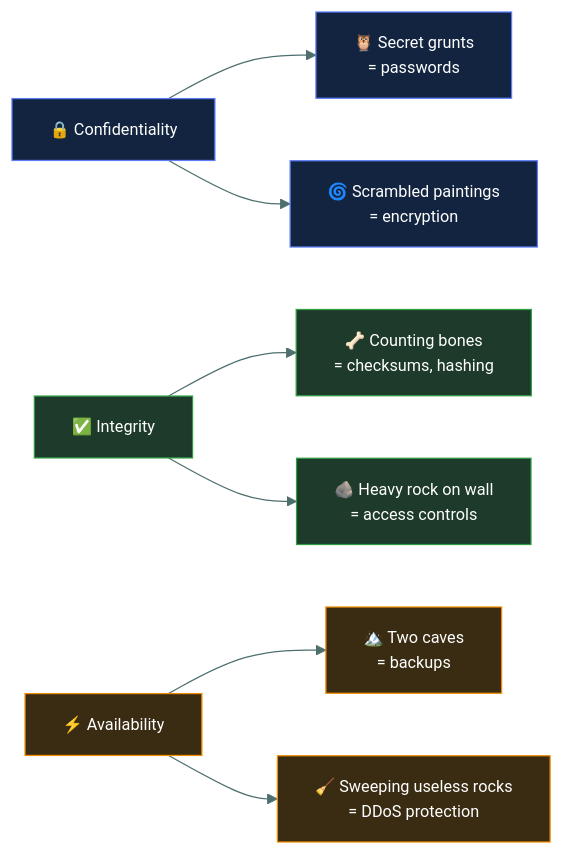
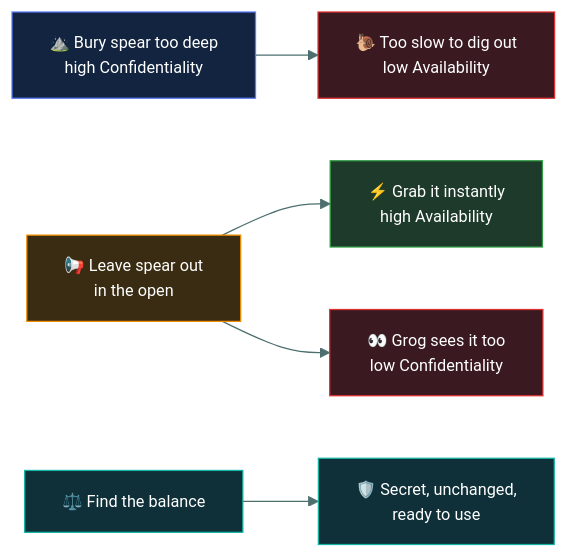
The third of 3 diagrams in 01-security-principles/cia-triad/README.md (tarunTejaDesireddy/cc-exam-prep), drawn with Mermaid before and after one commit. The commit also changed other lines of this file, not shown here.

First line of the commit message:
Rewrite the CIA triad with the shiny rock, mammoth painting and spear

````diff
--- a/01-security-principles/cia-triad/README.md
+++ b/01-security-principles/cia-triad/README.md
@@ -131,20 +108,16 @@
 ```mermaid
 %%{init: {'theme':'base','themeVariables':{'fontFamily':'Segoe UI, Helvetica Neue, Arial, sans-serif','fontSize':'13px','lineColor':'#4d6f6e','textColor':'#dbe7e6'}}}%%
 flowchart LR
-    C["🔒 Confidentiality"] --> C1["🦉 Secret grunts<br/>= passwords"]
-    C --> C2["🌀 Scrambled paintings<br/>= encryption"]
-    I["✅ Integrity"] --> I1["🦴 Counting bones<br/>= checksums, hashing"]
-    I --> I2["🪨 Heavy rock on wall<br/>= access controls"]
-    A["⚡ Availability"] --> A1["🏔️ Two caves<br/>= backups"]
-    A --> A2["🧹 Sweeping useless rocks<br/>= DDoS protection"]
+    DEEP["⛰️ Bury spear too deep<br/>high Confidentiality"] --> SLOW["🐌 Too slow to dig out<br/>low Availability"]
+    OPEN["📢 Leave spear out<br/>in the open"] --> FAST["⚡ Grab it instantly<br/>high Availability"]
+    OPEN --> SEEN["👀 Grog sees it too<br/>low Confidentiality"]
+    BAL["⚖️ Find the balance"] --> GOOD["🛡️ Secret, unchanged,<br/>ready to use"]
 
-    style C fill:#12243f,stroke:#5C7CFA,color:#fff
-    style C1 fill:#12243f,stroke:#5C7CFA,color:#fff
-    style C2 fill:#12243f,stroke:#5C7CFA,color:#fff
-    style I fill:#1d3a2a,stroke:#2F9E44,color:#fff
-    style I1 fill:#1d3a2a,stroke:#2F9E44,color:#fff
-    style I2 fill:#1d3a2a,stroke:#2F9E44,color:#fff
-    style A fill:#3a2c12,stroke:#F08C00,color:#fff
-    style A1 fill:#3a2c12,stroke:#F08C00,color:#fff
-    style A2 fill:#3a2c12,stroke:#F08C00,color:#fff
+    style DEEP fill:#12243f,stroke:#5C7CFA,color:#fff
+    style SLOW fill:#3a1a20,stroke:#E03131,color:#fff
+    style OPEN fill:#3a2c12,stroke:#F08C00,color:#fff
+    style FAST fill:#1d3a2a,stroke:#2F9E44,color:#fff
+    style SEEN fill:#3a1a20,stroke:#E03131,color:#fff
+    style BAL fill:#0f3038,stroke:#12B5A5,color:#fff
+    style GOOD fill:#0f3038,stroke:#12B5A5,color:#fff
 ```
````
